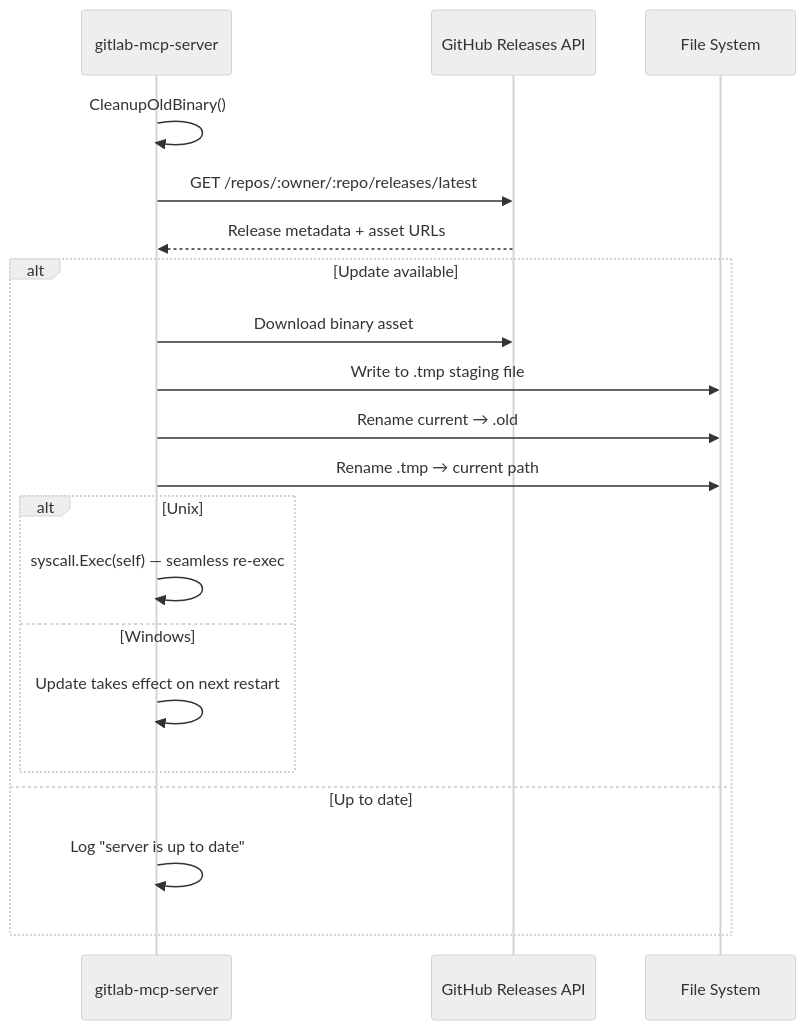
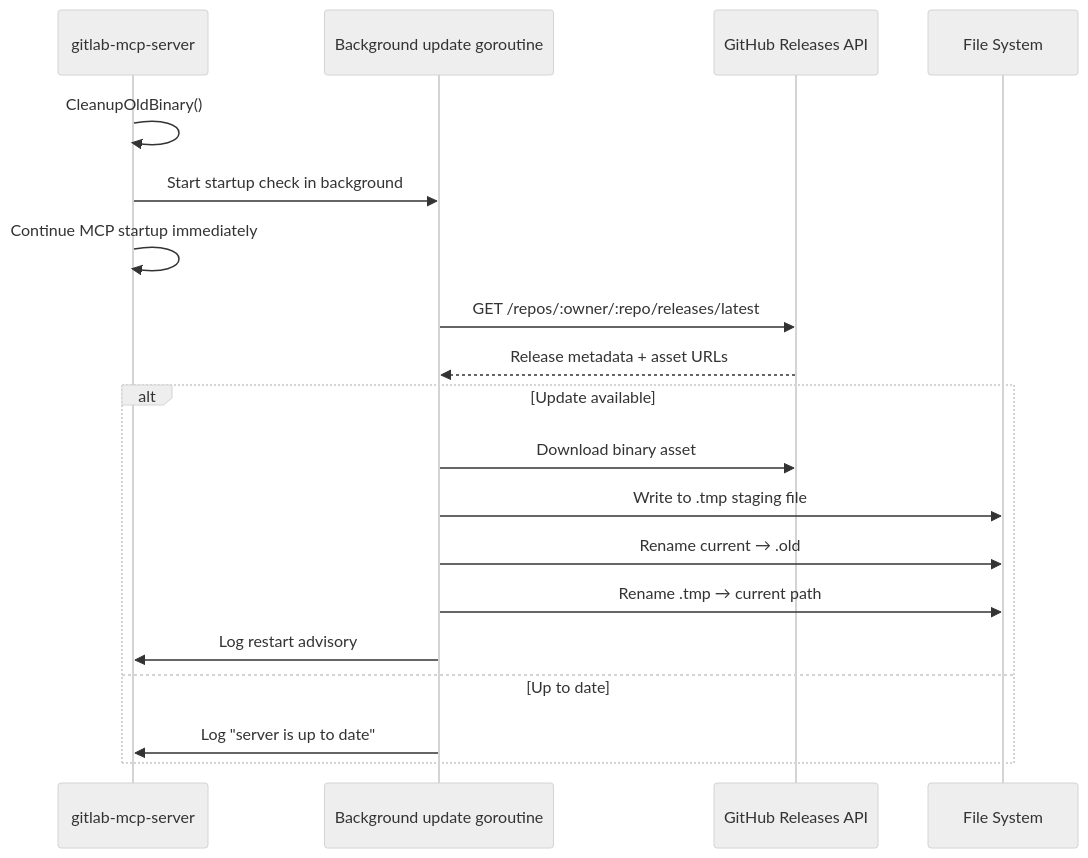
One commit to jmrplens/gitlab-mcp-server changed the diagram in site/src/content/docs/operations/auto-update.mdx. Above: the diagram before and after it, drawn with Mermaid (neutral theme). The commit also changed other lines of this file and 626 other files, not shown here.

````diff
--- a/site/src/content/docs/operations/auto-update.mdx
+++ b/site/src/content/docs/operations/auto-update.mdx
@@ -26,23 +26,22 @@
 ```mermaid
 sequenceDiagram
     participant Server as gitlab-mcp-server
+    participant Update as Background update goroutine
     participant GitHub as GitHub Releases API
     participant FS as File System
 
     Server->>Server: CleanupOldBinary()
-    Server->>GitHub: GET /repos/:owner/:repo/releases/latest
-    GitHub-->>Server: Release metadata + asset URLs
+    Server->>Update: Start startup check in background
+    Server->>Server: Continue MCP startup immediately
+    Update->>GitHub: GET /repos/:owner/:repo/releases/latest
+    GitHub-->>Update: Release metadata + asset URLs
     alt Update available
-        Server->>GitHub: Download binary asset
-        Server->>FS: Write to .tmp staging file
-        Server->>FS: Rename current → .old
-        Server->>FS: Rename .tmp → current path
-        alt Unix
-            Server->>Server: syscall.Exec(self) — seamless re-exec
-        else Windows
-            Server->>Server: Update takes effect on next restart
-        end
+        Update->>GitHub: Download binary asset
+        Update->>FS: Write to .tmp staging file
+        Update->>FS: Rename current → .old
+        Update->>FS: Rename .tmp → current path
+        Update->>Server: Log restart advisory
     else Up to date
-        Server->>Server: Log "server is up to date"
+        Update->>Server: Log "server is up to date"
     end
 ```
````
